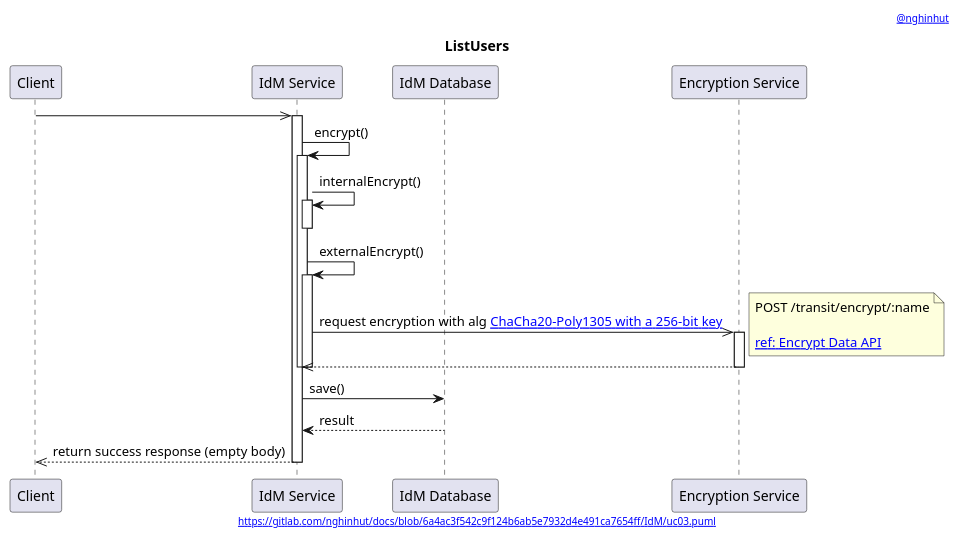
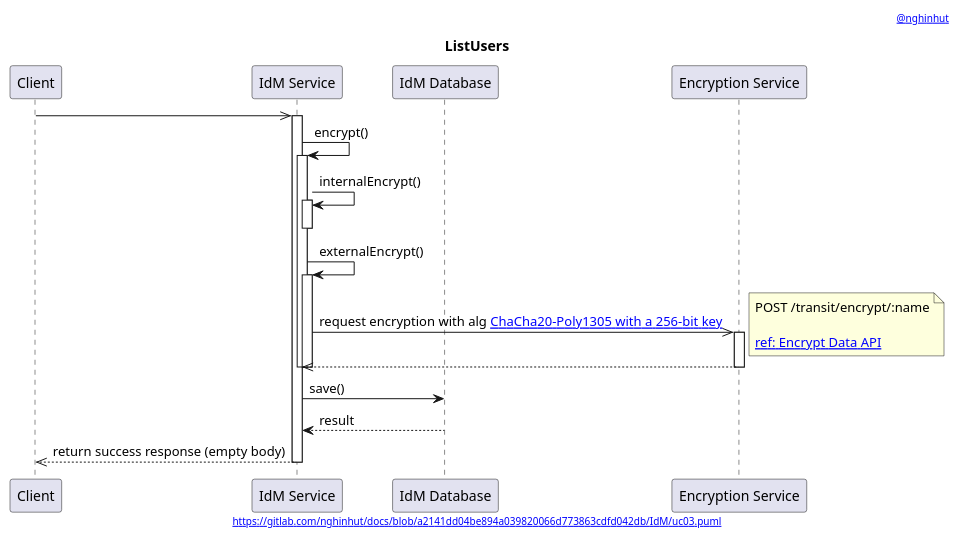
Before and after one commit to nghinhut/docs: the diagram in IdM/uc03.sequence.puml, drawn with PlantUML. The commit also changed 17 other files, not shown here.

Commit message:
Update diagrams

```diff
--- a/IdM/uc03.sequence.puml
+++ b/IdM/uc03.sequence.puml
@@ -1,43 +1,43 @@
 @startuml
 '-----START auto generated metadata please keep comment here to allow auto update-----
 '-----DON'T EDIT THIS SECTION, INSTEAD RE-RUN prebuild.sh TO UPDATE-----
-header [[www.nghinhut.dev?from=https%5C%3A%5C%2F%5C%2Fgitlab%5C.com%5C%2Fnghinhut%5C%2Fdocs%5C%2Fblob%5C%2F6a4ac3f542c9f124b6ab5e7932d4e491ca7654ff%5C%2FIdM%5C%2Fuc03%5C.puml%0A @nghinhut]]
-footer [[http://www.plantuml.com/plantuml/proxy?fmt=svg&src=https://gitlab.com/nghinhut/docs/raw/6a4ac3f542c9f124b6ab5e7932d4e491ca7654ff/IdM/uc03.puml https://gitlab.com/nghinhut/docs/blob/6a4ac3f542c9f124b6ab5e7932d4e491ca7654ff/IdM/uc03.puml]]
+header [[https://www.nghinhut.dev?from=http%5C%3A%5C%2F%5C%2Fwww%5C.plantuml%5C.com%5C%2Fplantuml%5C%2Fproxy%3Ffmt%3Dsvg%5C%26src%3Dhttps%5C%3A%5C%2F%5C%2Fgitlab%5C.com%5C%2Fnghinhut%5C%2Fdocs%5C%2Fraw%5C%2Fa2141dd04be894a039820066d773863cdfd042db%5C%2FIdM%5C%2Fuc03%5C.puml%0A @nghinhut]]
+footer [[http://www.plantuml.com/plantuml/proxy?fmt=svg&src=https://gitlab.com/nghinhut/docs/raw/a2141dd04be894a039820066d773863cdfd042db/IdM/uc03.puml https://gitlab.com/nghinhut/docs/blob/a2141dd04be894a039820066d773863cdfd042db/IdM/uc03.puml]]
 '-----END auto generated metadata please keep comment here to allow auto update-----
 title ListUsers
 
 participant "Client" as client
 participant "IdM Service" as idm
 participant "IdM Database" as db
 participant "Encryption Service" as es
 
 client ->> idm
 activate idm
 
 idm -> idm : encrypt()
 activate idm
 idm -> idm : internalEncrypt()
 activate idm
 deactivate idm
 
 idm -> idm : externalEncrypt()
 activate idm
 idm ->> es : request encryption with alg [[https://www.vaultproject.io/docs/secrets/transit/index.html#chacha20-poly1305 ChaCha20-Poly1305 with a 256-bit key]]
 note right
     POST /transit/encrypt/:name
 
     [[https://www.vaultproject.io/api/secret/transit/index.html#encrypt-data ref: Encrypt Data API]]
 end note
 activate es
 idm <<-- es
 deactivate es
 deactivate idm
 deactivate idm
 
 idm -> db : save()
 idm <-- db : result
 
 client <<-- idm : return success response (empty body)
 deactivate idm
 
 @enduml
```
